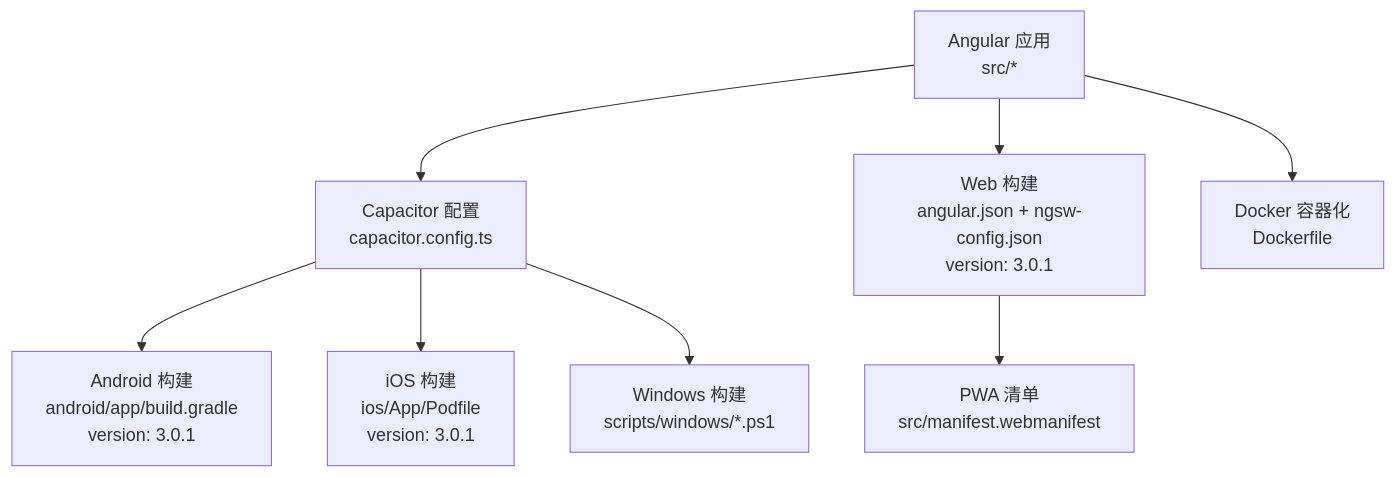
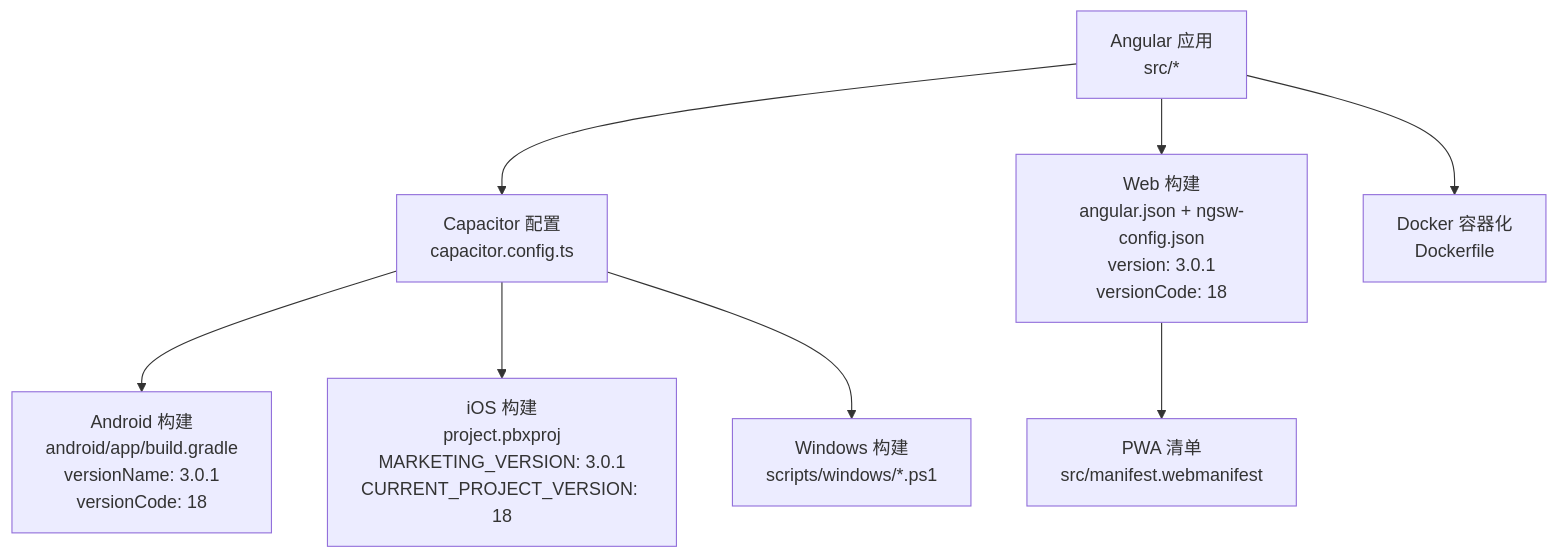
Before and after one commit to tea4go/Macro-Deck-Client-App: the first of 9 diagrams in .qoder/repowiki/zh/content/构建与部署/平台部署/平台部署.md, drawn with Mermaid. The commit also changed other lines of this file and 50 other files, not shown here.

````diff
--- a/.qoder/repowiki/zh/content/构建与部署/平台部署/平台部署.md
+++ b/.qoder/repowiki/zh/content/构建与部署/平台部署/平台部署.md
@@ -68,10 +48,10 @@
 ```mermaid
 graph TB
 A["Angular 应用<br/>src/*"] --> B["Capacitor 配置<br/>capacitor.config.ts"]
-B --> C["Android 构建<br/>android/app/build.gradle<br/>version: 3.0.1"]
-B --> D["iOS 构建<br/>ios/App/Podfile<br/>version: 3.0.1"]
+B --> C["Android 构建<br/>android/app/build.gradle<br/>versionName: 3.0.1<br/>versionCode: 18"]
+B --> D["iOS 构建<br/>project.pbxproj<br/>MARKETING_VERSION: 3.0.1<br/>CURRENT_PROJECT_VERSION: 18"]
 B --> W["Windows 构建<br/>scripts/windows/*.ps1"]
-A --> E["Web 构建<br/>angular.json + ngsw-config.json<br/>version: 3.0.1"]
+A --> E["Web 构建<br/>angular.json + ngsw-config.json<br/>version: 3.0.1<br/>versionCode: 18"]
 E --> F["PWA 清单<br/>src/manifest.webmanifest"]
 A --> G["Docker 容器化<br/>Dockerfile"]
 ```
````
